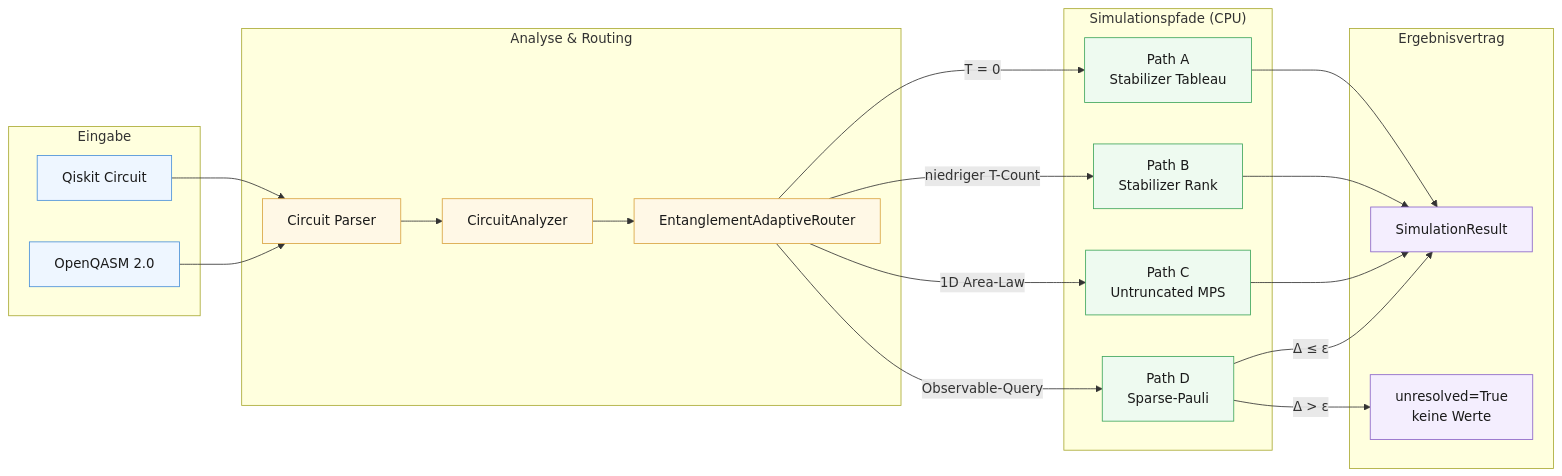
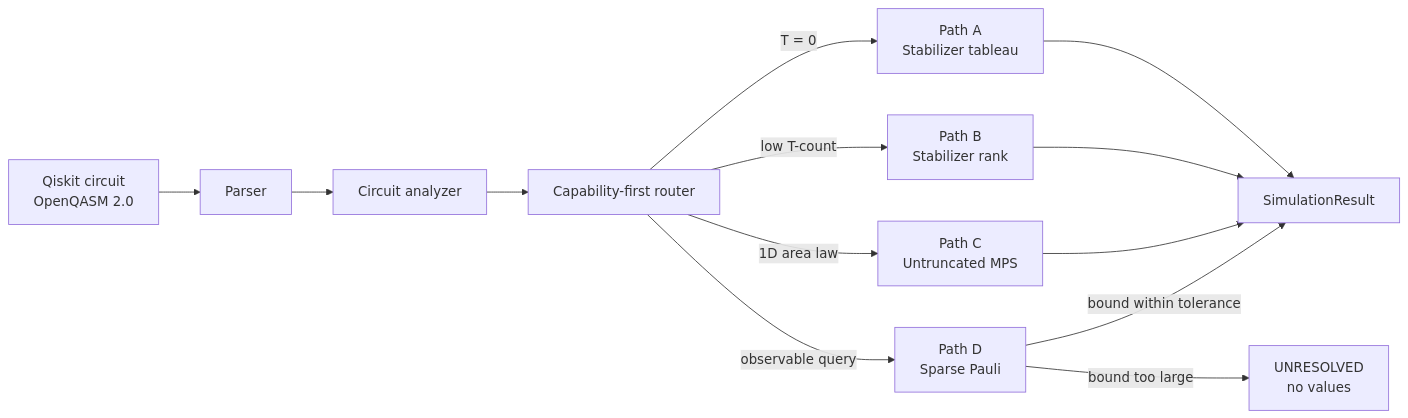
Before and after one commit to timfromhcs/CQ-HECS: the first of 2 diagrams in README.md, drawn with Mermaid. The commit also changed other lines of this file, not shown here.

````diff
--- a/README.md
+++ b/README.md
@@ -119,47 +133,15 @@
 ```mermaid
 flowchart LR
-    subgraph Eingabe["Eingabe"]
-        QC["Qiskit Circuit"]
-        QASM["OpenQASM 2.0"]
-    end
-
-    subgraph Analyse["Analyse & Routing"]
-        Parser["Circuit Parser"]
-        Analyzer["CircuitAnalyzer"]
-        Router["EntanglementAdaptiveRouter"]
-    end
-
-    subgraph Pfade["Simulationspfade (CPU)"]
-        A["Path A<br/>Stabilizer Tableau"]
-        B["Path B<br/>Stabilizer Rank"]
-        C["Path C<br/>Untruncated MPS"]
-        D["Path D<br/>Sparse-Pauli"]
-    end
-
-    subgraph Ergebnis["Ergebnisvertrag"]
-        R["SimulationResult"]
-        U["unresolved=True<br/>keine Werte"]
-    end
-
-    QC --> Parser
-    QASM --> Parser
-    Parser --> Analyzer --> Router
-    Router -->|"T = 0"| A
-    Router -->|"niedriger T-Count"| B
-    Router -->|"1D Area-Law"| C
-    Router -->|"Observable-Query"| D
-    A --> R
+    IN["Qiskit circuit<br/>OpenQASM 2.0"] --> PARSE["Parser"]
+    PARSE --> ANALYZE["Circuit analyzer"]
+    ANALYZE --> ROUTER["Capability-first router"]
+    ROUTER -->|"T = 0"| A["Path A<br/>Stabilizer tableau"]
+    ROUTER -->|"low T-count"| B["Path B<br/>Stabilizer rank"]
+    ROUTER -->|"1D area law"| C["Path C<br/>Untruncated MPS"]
+    ROUTER -->|"observable query"| D["Path D<br/>Sparse Pauli"]
+    A --> R["SimulationResult"]
     B --> R
     C --> R
-    D -->|"Δ ≤ ε"| R
-    D -->|"Δ > ε"| U
-
-    classDef input fill:#eef6ff,stroke:#4a90d9,color:#1a1a1a
-    classDef route fill:#fff8e6,stroke:#d9a441,color:#1a1a1a
-    classDef path fill:#eefaf0,stroke:#3fa65c,color:#1a1a1a
-    classDef result fill:#f4eefe,stroke:#8a63c9,color:#1a1a1a
-    class QC,QASM input
-    class Parser,Analyzer,Router route
-    class A,B,C,D path
-    class R,U result
+    D -->|"bound within tolerance"| R
+    D -->|"bound too large"| U["UNRESOLVED<br/>no values"]
 ```
````
